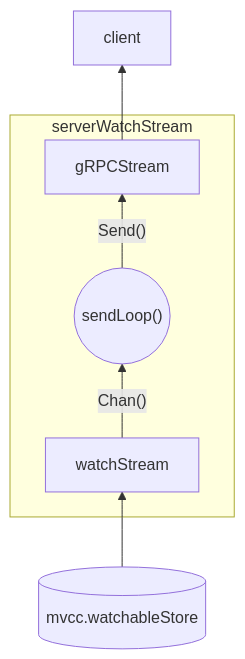
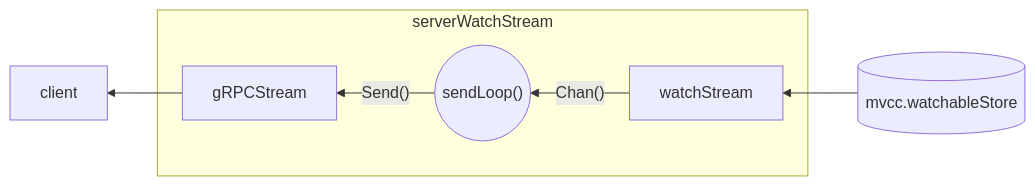
One commit to kangxiaoning/kangxiaoning.github.io changed the fifth of 5 diagrams in Writerside/topics/etcd/etcd-watch.md. Above: the diagram before and after it, drawn with Mermaid. The commit also changed other lines of this file, not shown here.

````diff
--- a/Writerside/topics/etcd/etcd-watch.md
+++ b/Writerside/topics/etcd/etcd-watch.md
@@ -1094,9 +1091,9 @@
 ```mermaid
-flowchart BT
+flowchart RL
   gRPCStream-->client
   subgraph serverWatchStream
     sendLoop(("sendLoop()"))-->|"Send()"|gRPCStream
     watchStream-->|"Chan()"|sendLoop
   end
   mvcc.watchableStore[(mvcc.watchableStore)]-->watchStream
 ```
````
